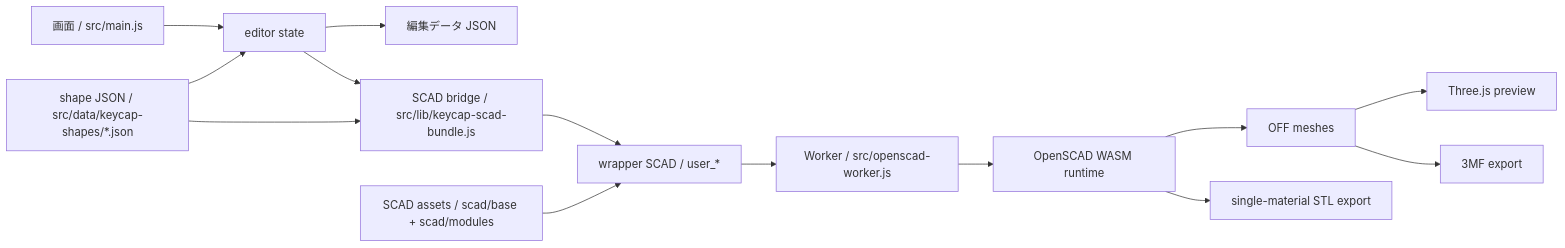
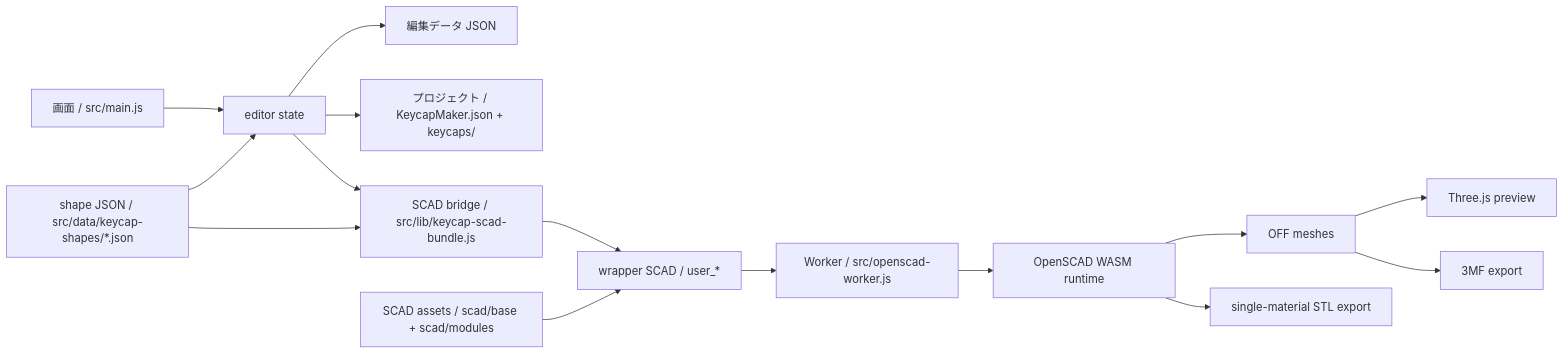
Before and after one commit to Masashi-desu/KeycapMaker: the diagram in docs/architecture/overview.md, drawn with Mermaid. The commit also changed other lines of this file and 19 other files, not shown here.

Commit message:
Add project keycap management workflow

````diff
--- a/docs/architecture/overview.md
+++ b/docs/architecture/overview.md
@@ -80,16 +84,17 @@
 ```mermaid
 flowchart LR
   screen["画面 / src/main.js"] --> state["editor state"]
   shapeJson["shape JSON / src/data/keycap-shapes/*.json"] --> state
   state --> editorJson["編集データ JSON"]
+  state --> projectJson["プロジェクト / KeycapMaker.json + keycaps/"]
   state --> bridge["SCAD bridge / src/lib/keycap-scad-bundle.js"]
   shapeJson --> bridge
   bridge --> wrapper["wrapper SCAD / user_*"]
   scadAssets["SCAD assets / scad/base + scad/modules"] --> wrapper
   wrapper --> worker["Worker / src/openscad-worker.js"]
   worker --> wasm["OpenSCAD WASM runtime"]
   wasm --> off["OFF meshes"]
   off --> preview["Three.js preview"]
   off --> export3mf["3MF export"]
   wasm --> exportStl["single-material STL export"]
 ```
````
